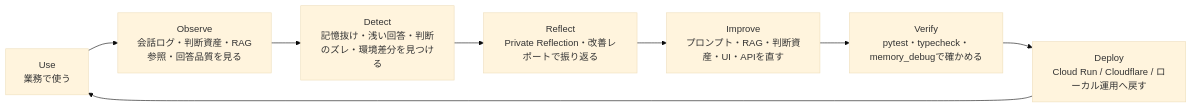
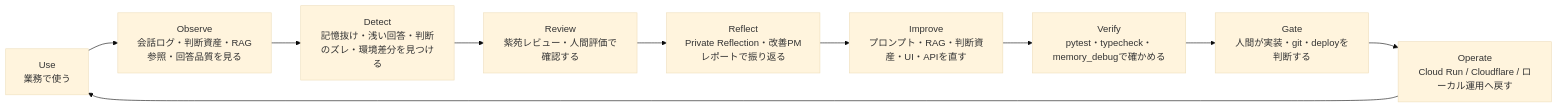
One commit to tune-77/tune_lease_55 changed the second of 2 diagrams in planning/shion_system_pitch_onepage.md. Above: the diagram before and after it, drawn with Mermaid (base theme). The commit also changed other lines of this file and 30 other files, not shown here.

````diff
--- a/planning/shion_system_pitch_onepage.md
+++ b/planning/shion_system_pitch_onepage.md
@@ -62,10 +82,12 @@
 ```mermaid
 flowchart LR
     A["Use<br/>業務で使う"] --> B["Observe<br/>会話ログ・判断資産・RAG参照・回答品質を見る"]
     B --> C["Detect<br/>記憶抜け・浅い回答・判断のズレ・環境差分を見つける"]
-    C --> D["Reflect<br/>Private Reflection・改善レポートで振り返る"]
-    D --> E["Improve<br/>プロンプト・RAG・判断資産・UI・APIを直す"]
-    E --> F["Verify<br/>pytest・typecheck・memory_debugで確かめる"]
-    F --> G["Deploy<br/>Cloud Run / Cloudflare / ローカル運用へ戻す"]
-    G --> A
+    C --> D["Review<br/>紫苑レビュー・人間評価で確認する"]
+    D --> E["Reflect<br/>Private Reflection・改善PMレポートで振り返る"]
+    E --> F["Improve<br/>プロンプト・RAG・判断資産・UI・APIを直す"]
+    F --> G["Verify<br/>pytest・typecheck・memory_debugで確かめる"]
+    G --> H["Gate<br/>人間が実装・git・deployを判断する"]
+    H --> I["Operate<br/>Cloud Run / Cloudflare / ローカル運用へ戻す"]
+    I --> A
 ```
````
